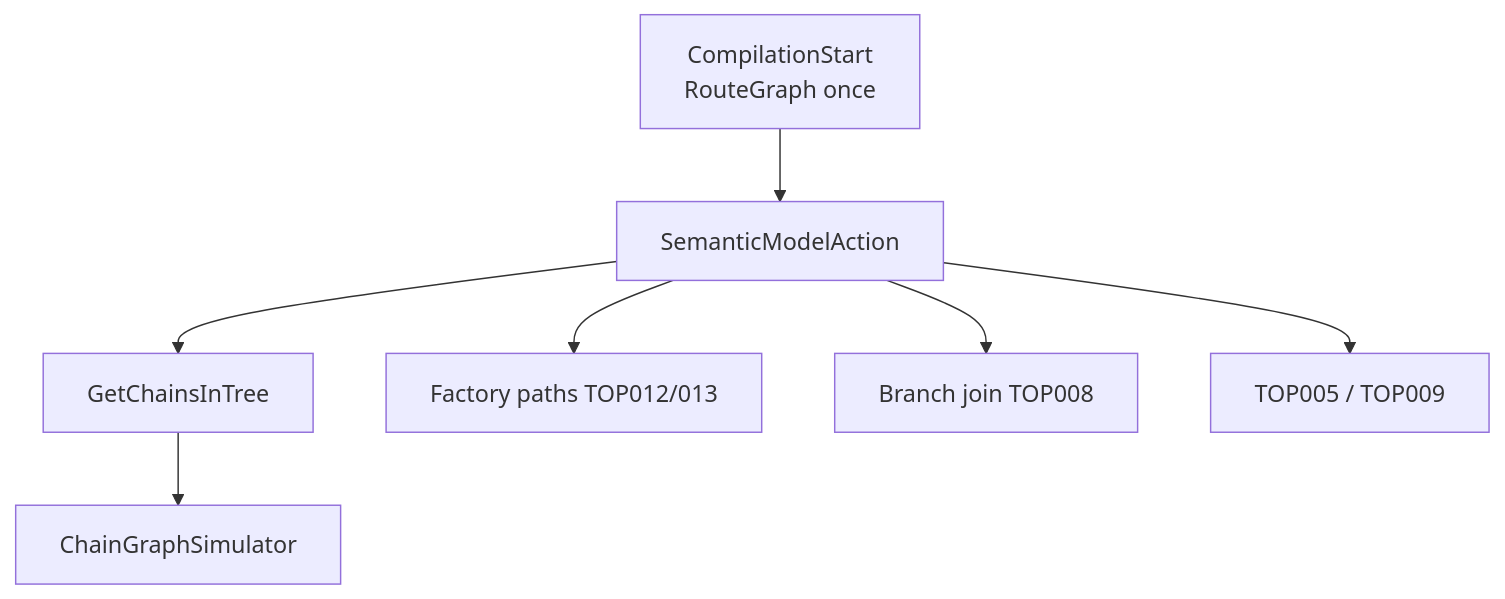
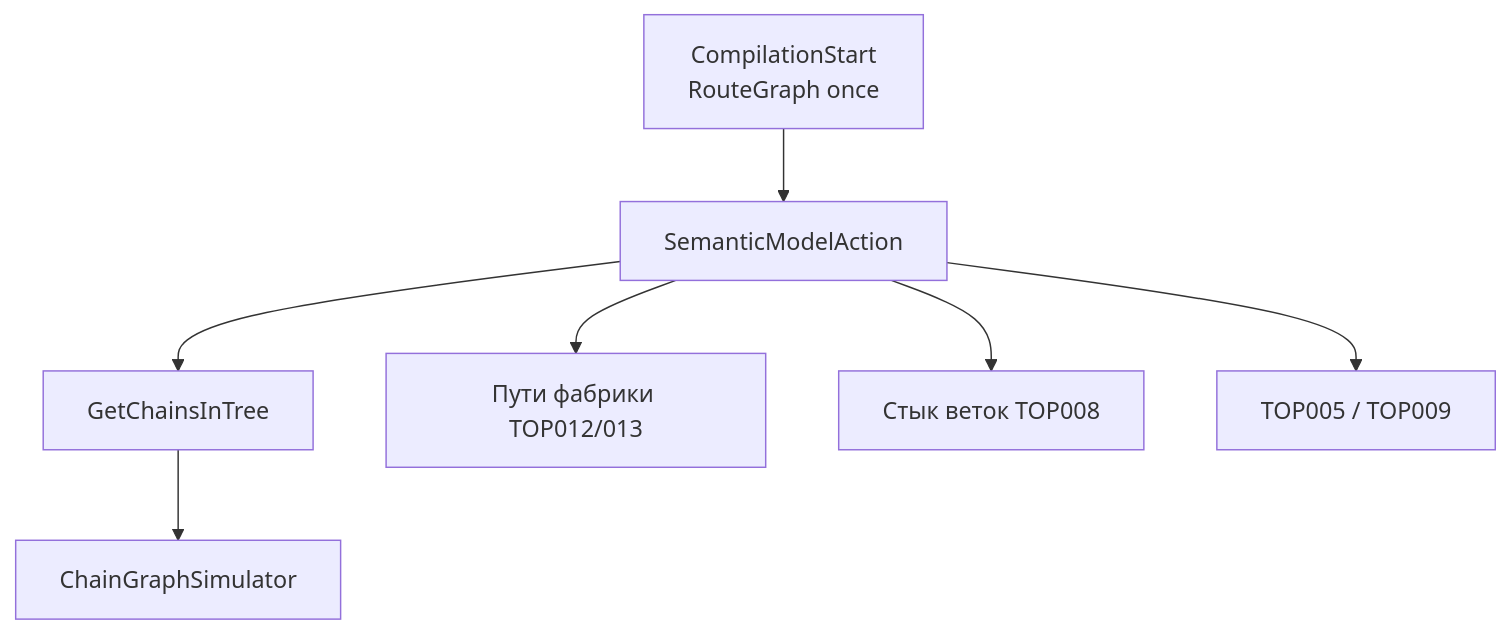
The third of 5 diagrams in docs/textbook.md (moragfullrest-cmyk/TrainOP), drawn with Mermaid before and after one commit. The commit also changed other lines of this file, not shown here.

````diff
--- a/docs/textbook.md
+++ b/docs/textbook.md
@@ -881,9 +881,9 @@
 ```mermaid
 flowchart TB
   Start["CompilationStart<br/>RouteGraph once"] --> PerTree["SemanticModelAction"]
   PerTree --> Chains["GetChainsInTree"]
   Chains --> Sim["ChainGraphSimulator"]
-  PerTree --> Factories["Factory paths TOP012/013"]
-  PerTree --> Joins["Branch join TOP008"]
+  PerTree --> Factories["Пути фабрики TOP012/013"]
+  PerTree --> Joins["Стык веток TOP008"]
   PerTree --> Orphans["TOP005 / TOP009"]
 ```
````
